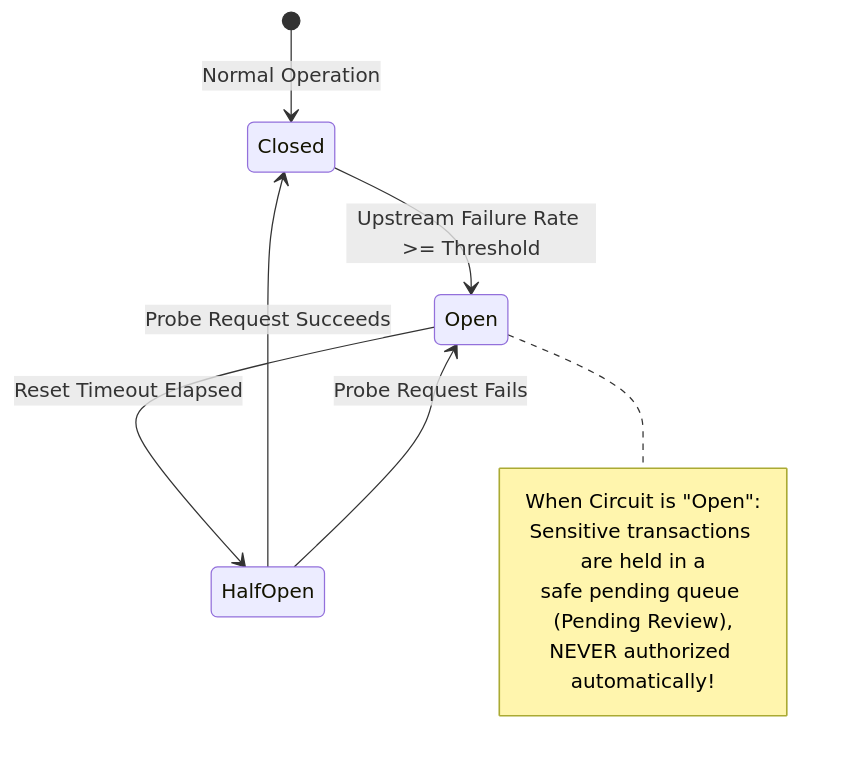
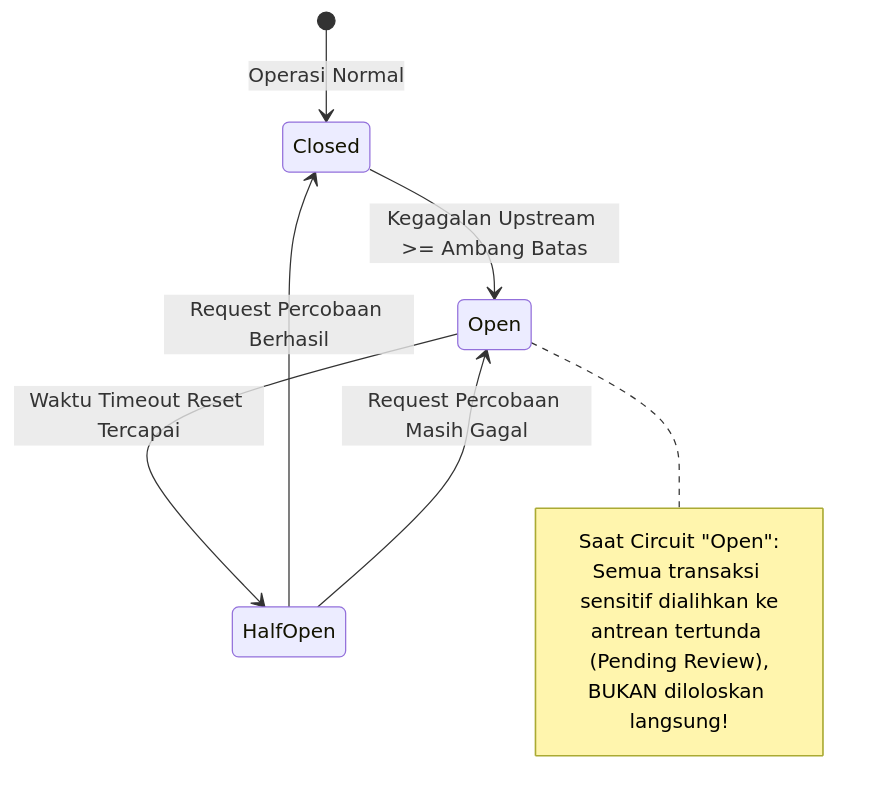
Before and after one commit to xdaamar/zitera_lab: the diagram in labs/A10/lesson/concept.md, drawn with Mermaid. The commit also changed other lines of this file and 82 other files, not shown here.

````diff
--- a/labs/A10/lesson/concept.md
+++ b/labs/A10/lesson/concept.md
@@ -71,15 +77,15 @@
 ```mermaid
 stateDiagram-v2
-    [*] --> Closed: Normal Operation
-    Closed --> Open: Upstream Failure Rate >= Threshold
-    Open --> HalfOpen: Reset Timeout Elapsed
-    HalfOpen --> Closed: Probe Request Succeeds
-    HalfOpen --> Open: Probe Request Fails
+    [*] --> Closed: Operasi Normal
+    Closed --> Open: Kegagalan Upstream >= Ambang Batas
+    Open --> HalfOpen: Waktu Timeout Reset Tercapai
+    HalfOpen --> Closed: Request Percobaan Berhasil
+    HalfOpen --> Open: Request Percobaan Masih Gagal
 
     note right of Open
-        When Circuit is "Open":
-        Sensitive transactions are held in a
-        safe pending queue (Pending Review),
-        NEVER authorized automatically!
+        Saat Circuit "Open":
+        Semua transaksi sensitif dialihkan ke
+        antrean tertunda (Pending Review),
+        BUKAN diloloskan langsung!
     end note
 ```
````
